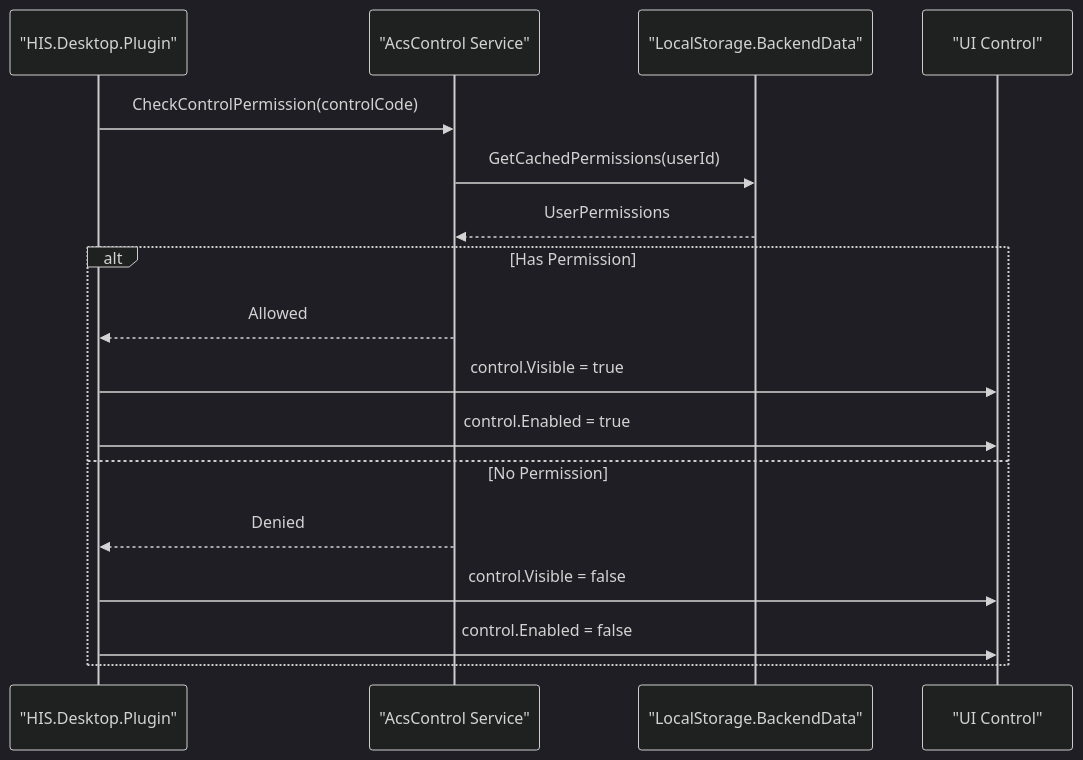
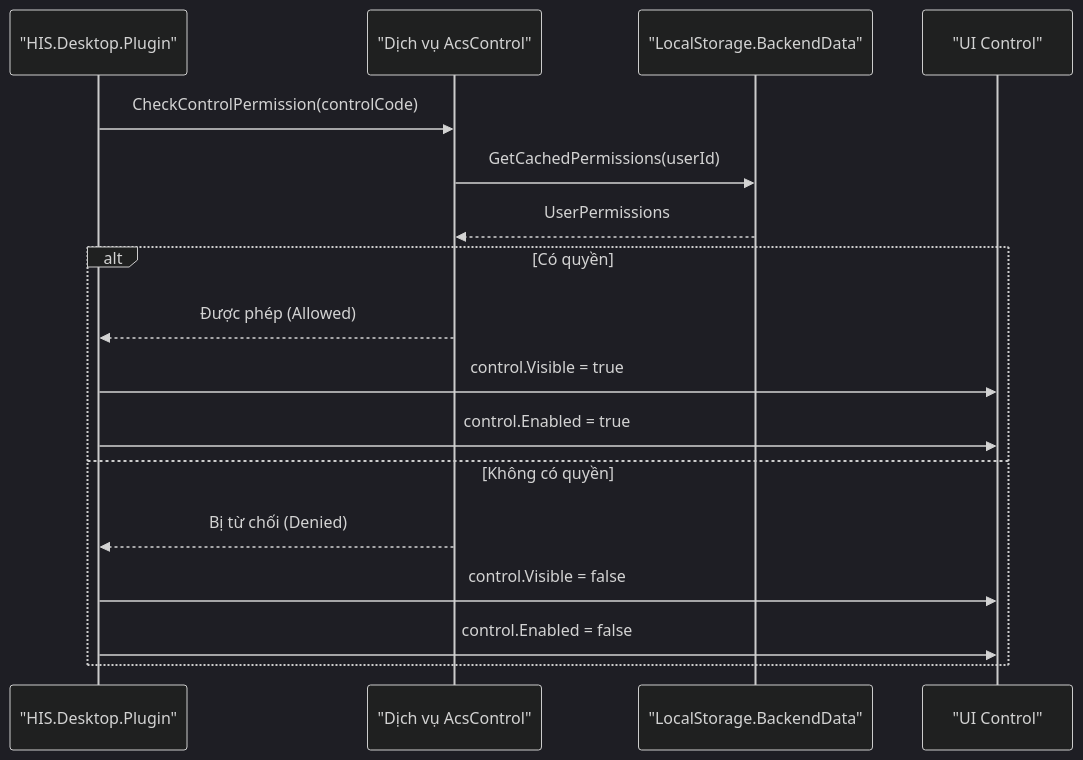
One commit to thangpnb/HIS changed the sixth of 16 diagrams in docs/his-ba-documentation/03-business-domains/administration/access-control.md. Above: the diagram before and after it, drawn with Mermaid (dark theme). The commit also changed other lines of this file and 30 other files, not shown here.

Commit message:
Refactor architecture docs and update translations

````diff
--- a/docs/his-ba-documentation/03-business-domains/administration/access-control.md
+++ b/docs/his-ba-documentation/03-business-domains/administration/access-control.md
@@ -318,21 +318,21 @@
 ```mermaid
 sequenceDiagram
     participant Plugin as "HIS.Desktop.Plugin"
-    participant AcsControl as "AcsControl Service"
+    participant AcsControl as "Dịch vụ AcsControl"
     participant LocalStorage as "LocalStorage.BackendData"
     participant UI as "UI Control"
     
     Plugin->>AcsControl: CheckControlPermission(controlCode)
     AcsControl->>LocalStorage: GetCachedPermissions(userId)
     LocalStorage-->>AcsControl: UserPermissions
     
-    alt Has Permission
-        AcsControl-->>Plugin: Allowed
+    alt Có quyền
+        AcsControl-->>Plugin: Được phép (Allowed)
         Plugin->>UI: control.Visible = true
         Plugin->>UI: control.Enabled = true
-    else No Permission
-        AcsControl-->>Plugin: Denied
+    else Không có quyền
+        AcsControl-->>Plugin: Bị từ chối (Denied)
         Plugin->>UI: control.Visible = false
         Plugin->>UI: control.Enabled = false
     end
 ```
````
